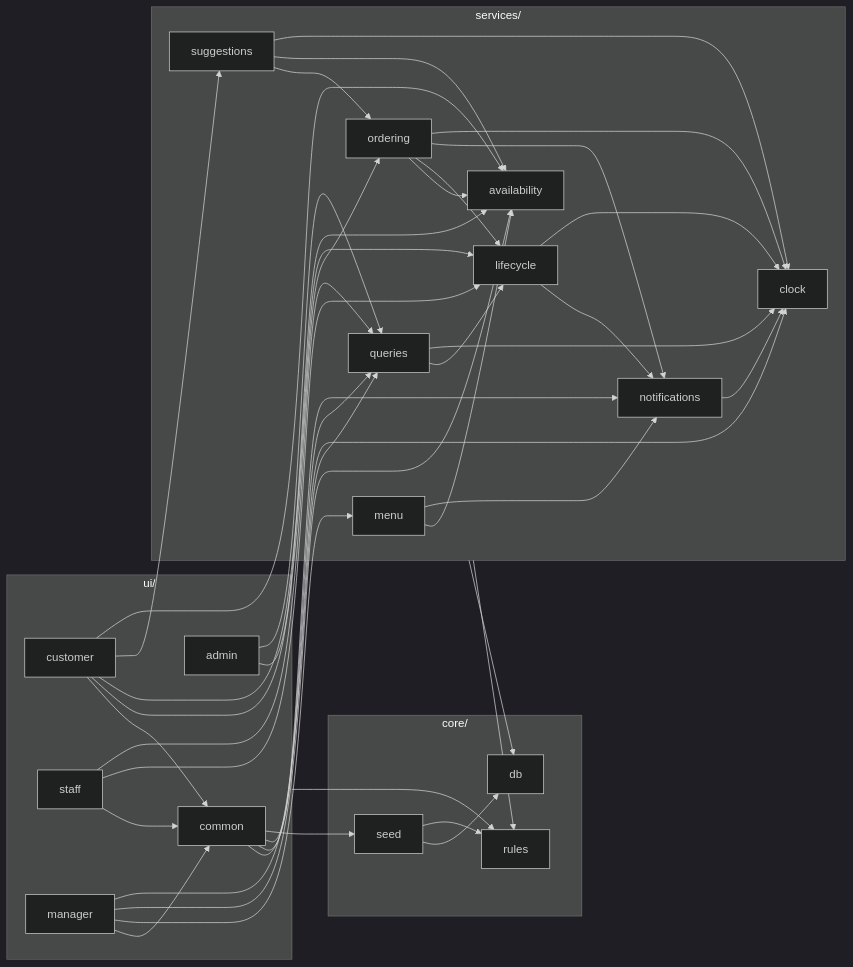
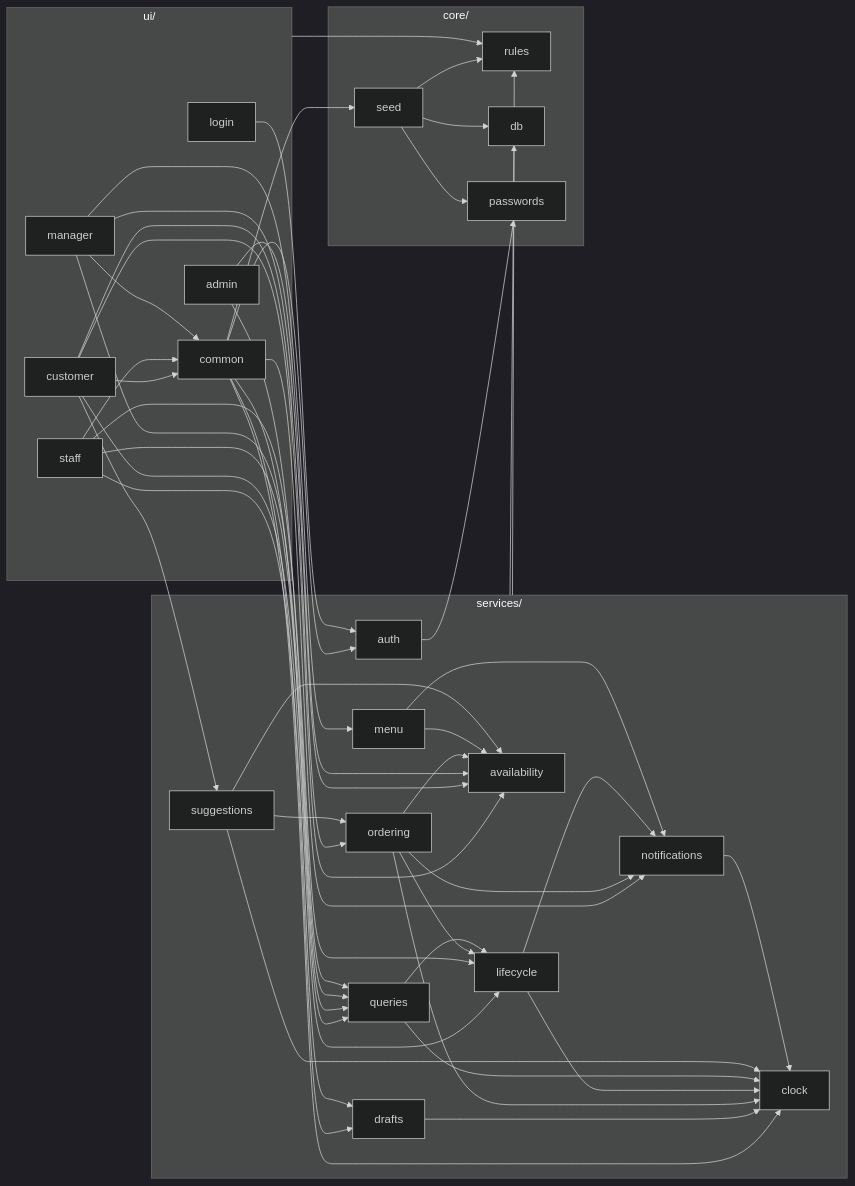
Before and after one commit to s1darthvader/microsoft_hackathon: the second of 6 diagrams in docs/requirements and design/architecture.md, drawn with Mermaid (dark theme). The commit also changed other lines of this file and 44 other files, not shown here.

````diff
--- a/docs/requirements and design/architecture.md
+++ b/docs/requirements and design/architecture.md
@@ -44,68 +44,79 @@
 ```mermaid
 flowchart LR
     subgraph ui["ui/"]
         u_common["common"]
+        u_login["login"]
         u_customer["customer"]
         u_staff["staff"]
         u_manager["manager"]
         u_admin["admin"]
     end
 
     subgraph services["services/"]
         s_ordering["ordering"]
         s_lifecycle["lifecycle"]
         s_availability["availability"]
         s_menu["menu"]
         s_queries["queries"]
         s_notifications["notifications"]
         s_suggestions["suggestions"]
         s_clock["clock"]
+        s_auth["auth"]
+        s_drafts["drafts"]
     end
 
     subgraph core["core/"]
         c_rules["rules"]
         c_db["db"]
         c_seed["seed"]
+        c_passwords["passwords"]
     end
 
     u_customer --> u_common
     u_staff --> u_common
     u_manager --> u_common
     u_common --> s_clock
     u_common --> s_queries
     u_common --> s_notifications
     u_common --> c_seed
+    u_common --> s_auth
+    u_common --> s_drafts
+    u_login --> s_auth
+    u_staff --> s_drafts
+    s_auth --> c_passwords
+    s_drafts --> s_clock
+    c_seed --> c_passwords
 
     u_customer --> s_ordering
     u_customer --> s_lifecycle
     u_customer --> s_suggestions
     u_customer --> s_availability
     u_staff --> s_lifecycle
     u_staff --> s_queries
     u_manager --> s_menu
     u_manager --> s_availability
     u_manager --> s_queries
     u_admin --> s_availability
     u_admin --> s_queries
 
     s_ordering --> s_availability
     s_ordering --> s_lifecycle
     s_ordering --> s_notifications
     s_ordering --> s_clock
     s_lifecycle --> s_notifications
     s_lifecycle --> s_clock
     s_menu --> s_availability
     s_menu --> s_notifications
     s_queries --> s_lifecycle
     s_queries --> s_clock
     s_suggestions --> s_ordering
     s_suggestions --> s_availability
     s_suggestions --> s_clock
     s_notifications --> s_clock
 
     services --> c_db
     services --> c_rules
     ui --> c_rules
     c_seed --> c_db
     c_seed --> c_rules
 ```
````
